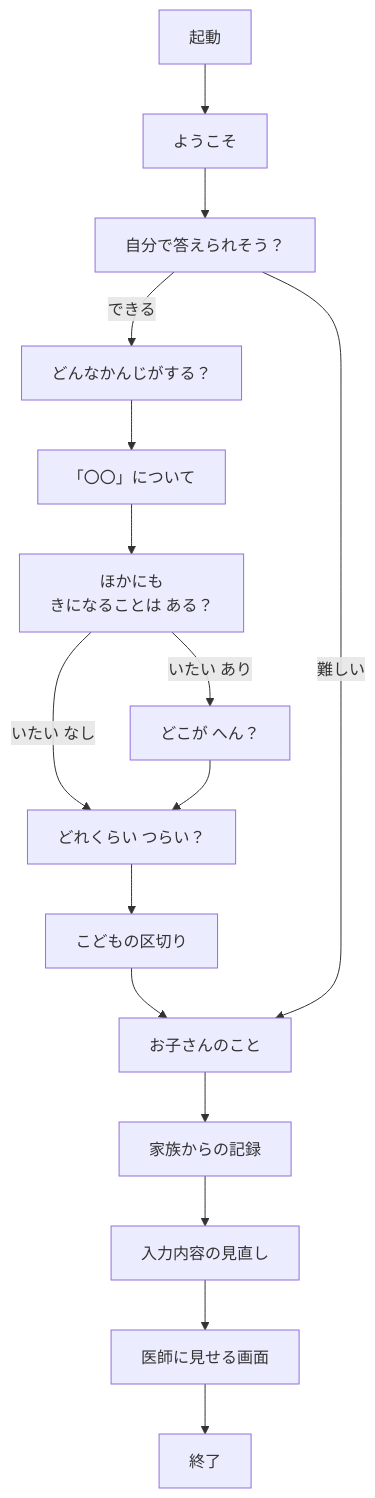
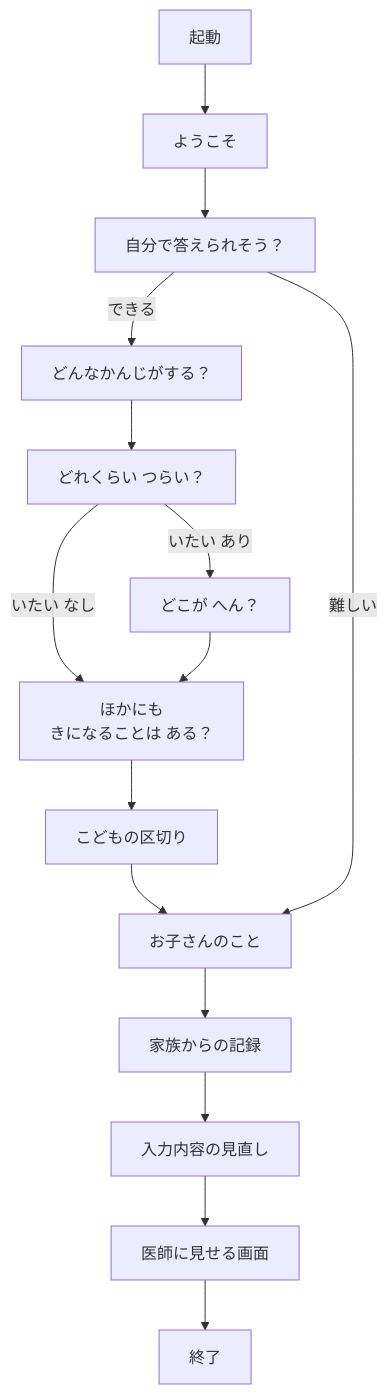
Before and after one commit to Devfest-Hackathon-2026/df-2026-t188: the first of 2 diagrams in README.md, drawn with Mermaid. The commit also changed other lines of this file and 19 other files, not shown here.

````diff
--- a/README.md
+++ b/README.md
@@ -47,18 +46,17 @@
 ```mermaid
 flowchart TD
   S["起動"] --> A["ようこそ"]
   A --> B["自分で答えられそう？"]
   B -- "できる" --> C1["どんなかんじがする？"]
-  C1 --> C2["「〇〇」について"]
-  C2 --> C3["ほかにも<br/>きになることは ある？"]
-  C3 -- "いたい あり" --> C4["どこが へん？"]
-  C3 -- "いたい なし" --> C5["どれくらい つらい？"]
-  C4 --> C5
-  C5 --> K["こどもの区切り"]
+  C1 --> C2["どれくらい つらい？"]
+  C2 -- "いたい あり" --> C3["どこが へん？"]
+  C2 -- "いたい なし" --> C4["ほかにも<br/>きになることは ある？"]
+  C3 --> C4
+  C4 --> K["こどもの区切り"]
   K --> D1["お子さんのこと"]
   B -- "難しい" --> D1
   D1 --> D2["家族からの記録"]
   D2 --> E["入力内容の見直し"]
   E --> F["医師に見せる画面"]
   F --> G["終了"]
 ```
````
